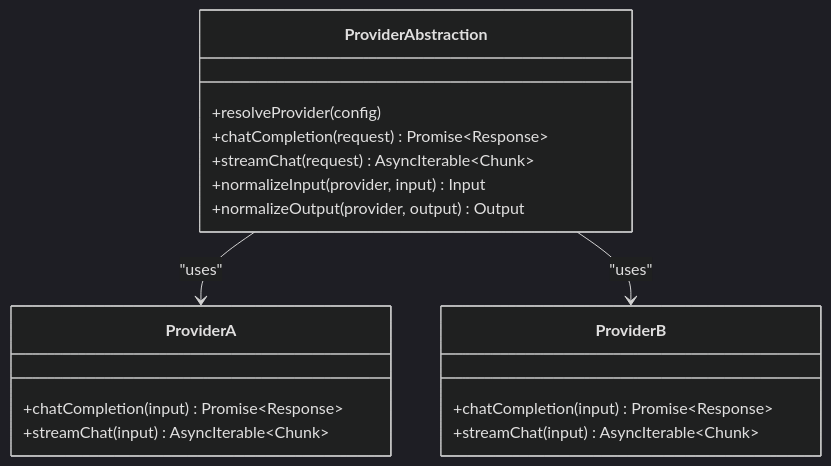
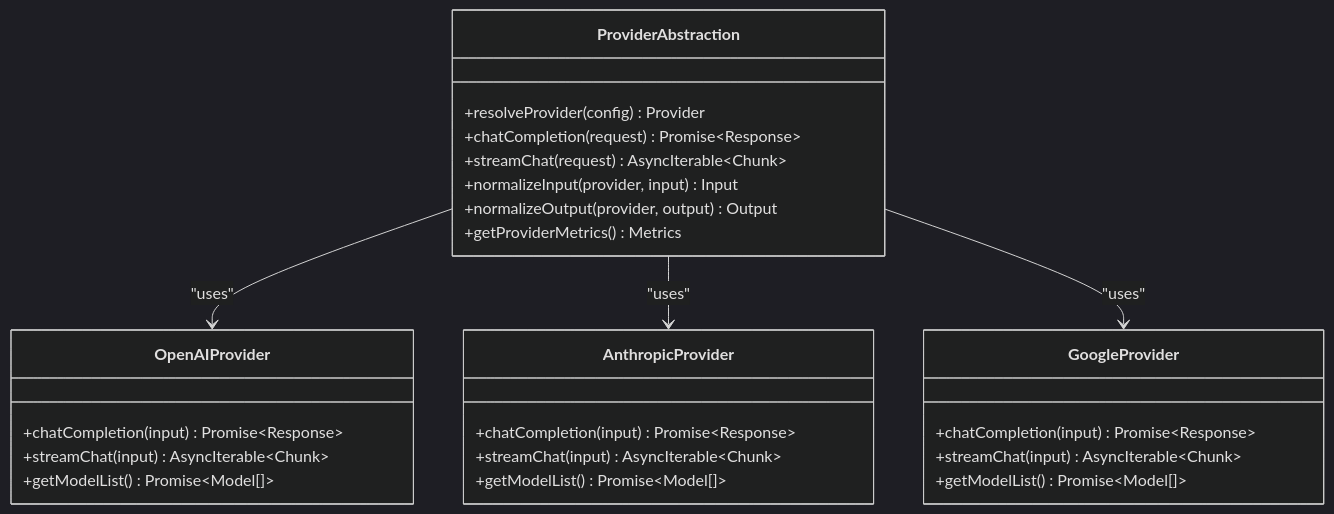
Before and after one commit to HassanAmeer/cheaprouter: the fifth of 10 diagrams in .qoder/repowiki/en/content/Backend Architecture/Backend Architecture.md, drawn with Mermaid (dark theme). The commit also changed other lines of this file and 54 other files, not shown here.

````diff
--- a/.qoder/repowiki/en/content/Backend Architecture/Backend Architecture.md
+++ b/.qoder/repowiki/en/content/Backend Architecture/Backend Architecture.md
@@ -161,20 +205,29 @@
 ```mermaid
 classDiagram
 class ProviderAbstraction {
-+resolveProvider(config)
++resolveProvider(config) Provider
 +chatCompletion(request) Promise~Response~
 +streamChat(request) AsyncIterable~Chunk~
 +normalizeInput(provider, input) Input
 +normalizeOutput(provider, output) Output
++getProviderMetrics() Metrics
 }
-class ProviderA {
+class OpenAIProvider {
 +chatCompletion(input) Promise~Response~
 +streamChat(input) AsyncIterable~Chunk~
++getModelList() Promise~Model[]~
 }
-class ProviderB {
+class AnthropicProvider {
 +chatCompletion(input) Promise~Response~
 +streamChat(input) AsyncIterable~Chunk~
++getModelList() Promise~Model[]~
 }
-ProviderAbstraction --> ProviderA : "uses"
-ProviderAbstraction --> ProviderB : "uses"
+class GoogleProvider {
++chatCompletion(input) Promise~Response~
++streamChat(input) AsyncIterable~Chunk~
++getModelList() Promise~Model[]~
+}
+ProviderAbstraction --> OpenAIProvider : "uses"
+ProviderAbstraction --> AnthropicProvider : "uses"
+ProviderAbstraction --> GoogleProvider : "uses"
 ```
````
